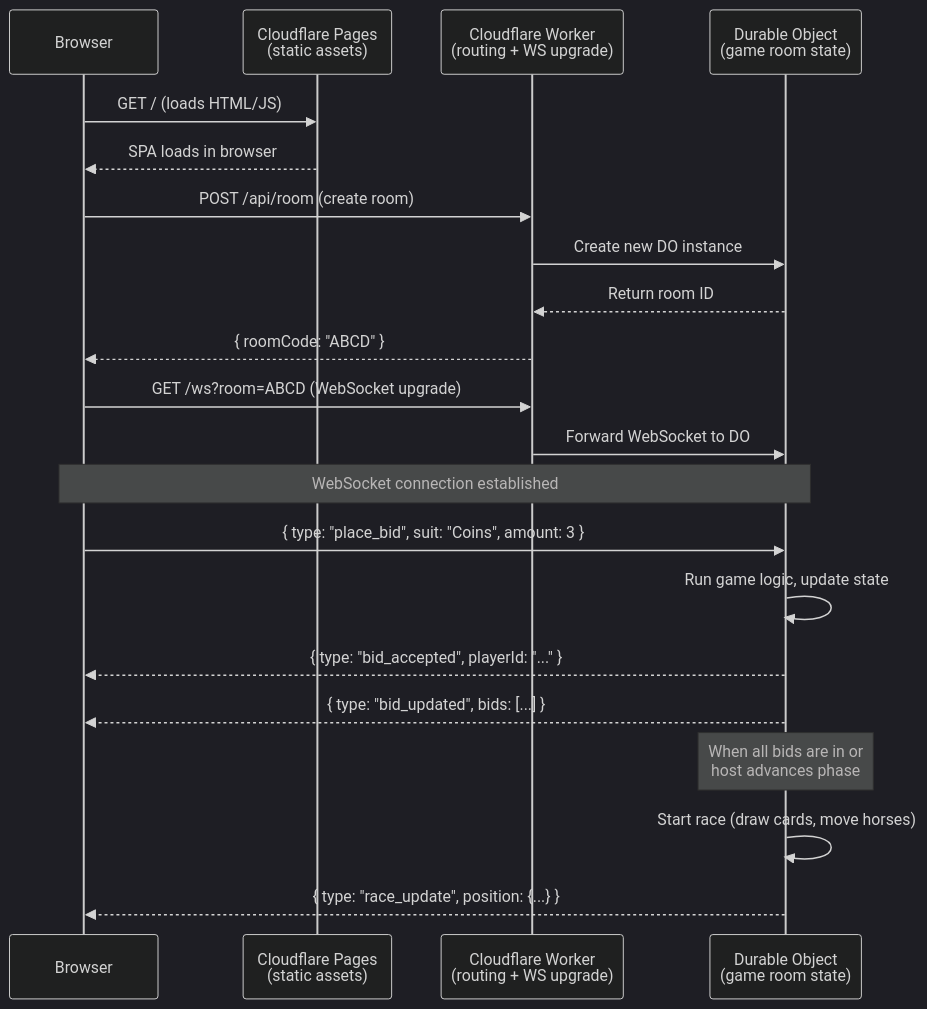
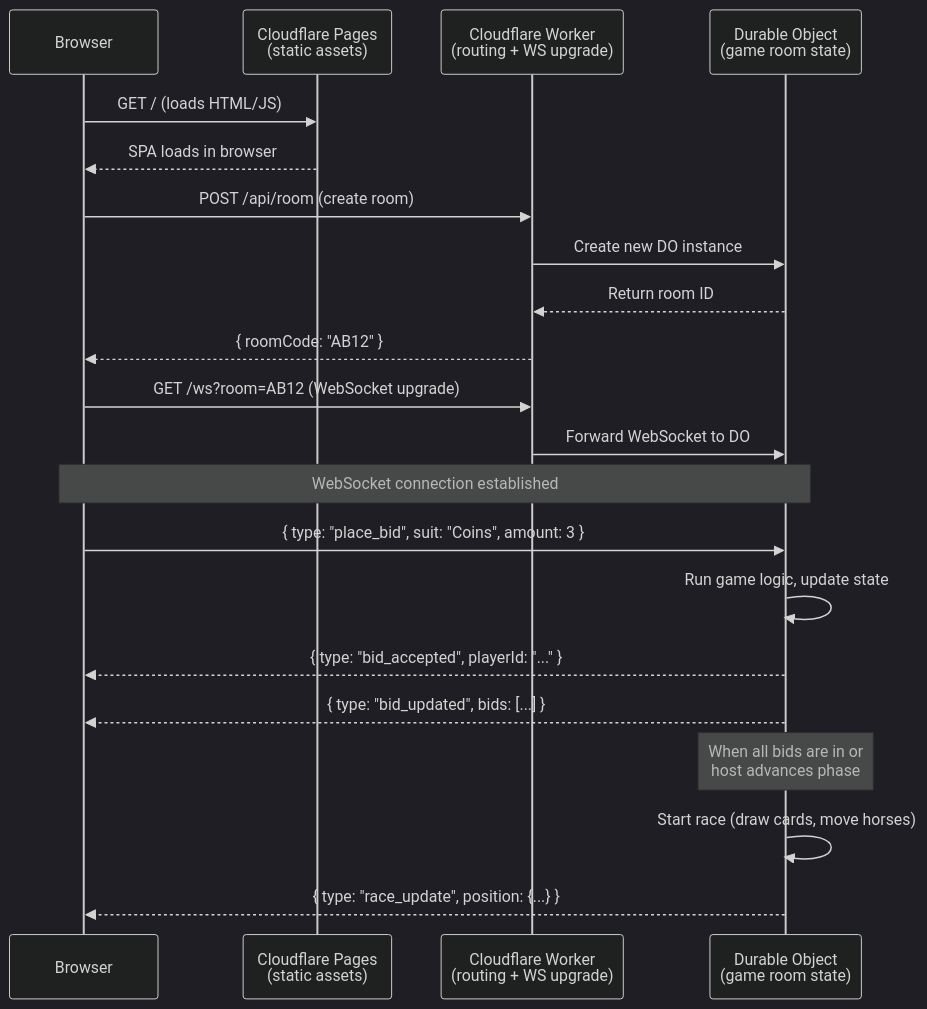
One commit to kraud/jockey changed the diagram in .context/architecture.md. Above: the diagram before and after it, drawn with Mermaid (dark theme). The commit also changed other lines of this file and 1 other file, not shown here.

Commit message:
Added index file for .context directory. Polished architecture.md document.

````diff
--- a/.context/architecture.md
+++ b/.context/architecture.md
@@ -45,28 +45,28 @@
 ```mermaid
 sequenceDiagram
     participant Browser
     participant Pages as Cloudflare Pages<br/>(static assets)
     participant Worker as Cloudflare Worker<br/>(routing + WS upgrade)
     participant DO as Durable Object<br/>(game room state)
 
     Browser->>Pages: GET / (loads HTML/JS)
     Pages-->>Browser: SPA loads in browser
     
     Browser->>Worker: POST /api/room (create room)
     Worker->>DO: Create new DO instance
     DO-->>Worker: Return room ID
-    Worker-->>Browser: { roomCode: "ABCD" }
+    Worker-->>Browser: { roomCode: "AB12" }
     
-    Browser->>Worker: GET /ws?room=ABCD (WebSocket upgrade)
+    Browser->>Worker: GET /ws?room=AB12 (WebSocket upgrade)
     Worker->>DO: Forward WebSocket to DO
     Note over DO, Browser: WebSocket connection established
     
     Browser->>DO: { type: "place_bid", suit: "Coins", amount: 3 }
     DO->>DO: Run game logic, update state
     DO-->>Browser: { type: "bid_accepted", playerId: "..." }
     DO-->>Browser: { type: "bid_updated", bids: [...] }
     
     Note over DO: When all bids are in or<br/>host advances phase
     DO->>DO: Start race (draw cards, move horses)
     DO-->>Browser: { type: "race_update", position: {...} }
 ```
````
